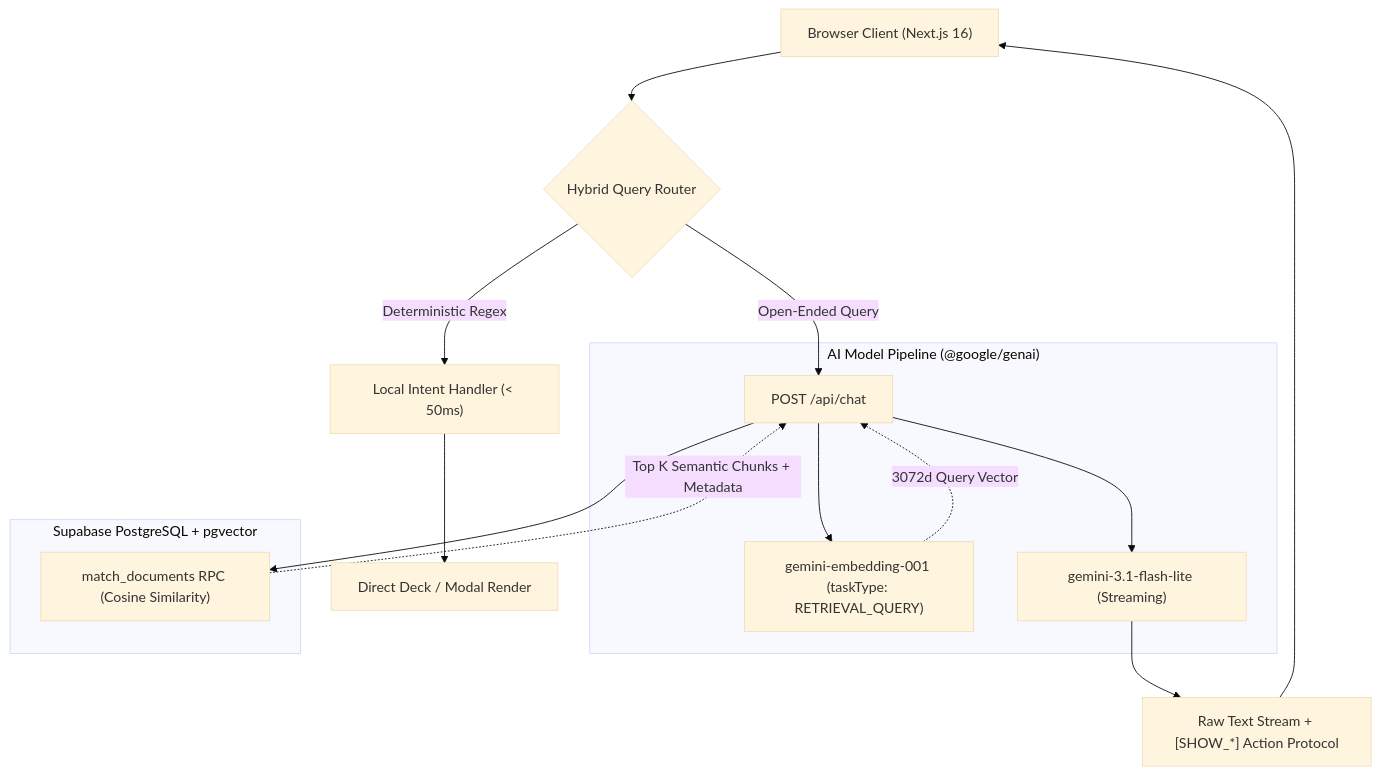
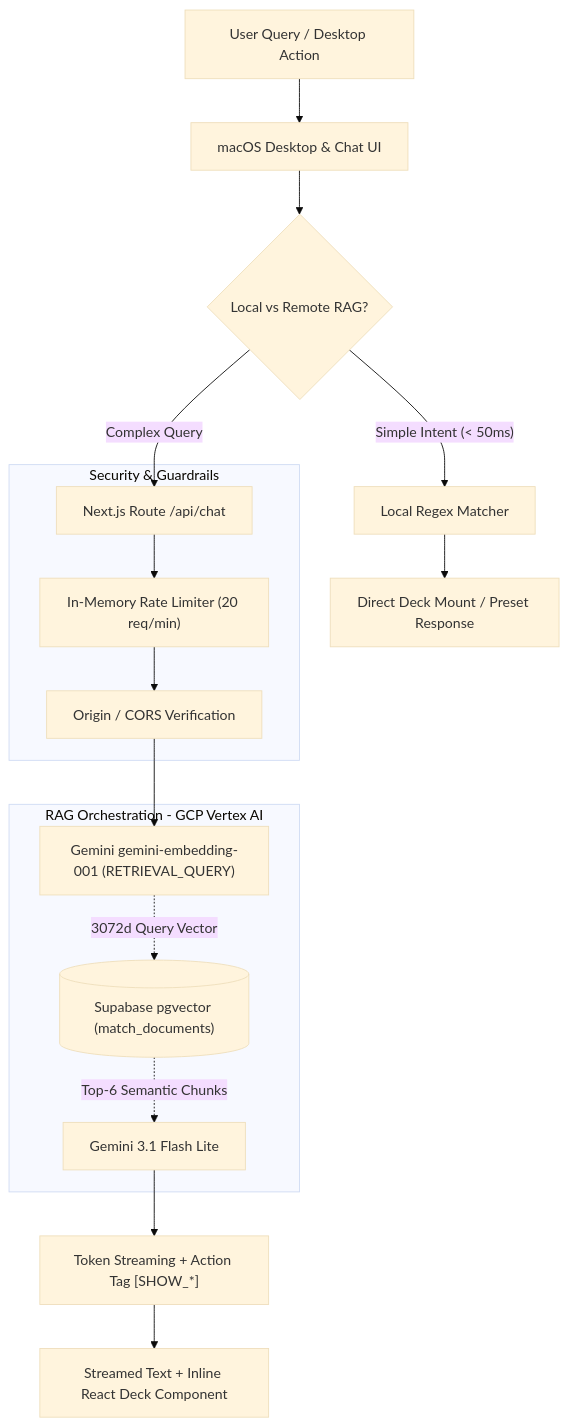
Before and after one commit to aadvxe/AI-powered-portfolio: the diagram in README.md, drawn with Mermaid (base theme). The commit also changed other lines of this file, not shown here.

````diff
--- a/README.md
+++ b/README.md
@@ -9,23 +9,24 @@
 ```mermaid
 graph TD
-    Client["Browser Client (Next.js 16)"] --> Router{"Hybrid Query Router"}
+    User["User Query / Desktop Action"] --> Frontend["macOS Desktop & Chat UI"]
+    Frontend --> HybridRouter{"Local vs Remote RAG?"}
 
-    Router -- Deterministic Regex --> LocalHandler["Local Intent Handler (< 50ms)"]
-    LocalHandler --> UIAction["Direct Deck / Modal Render"]
+    HybridRouter -- "Simple Intent (< 50ms)" --> Local["Local Regex Matcher"]
+    Local --> DirectDeck["Direct Deck Mount / Preset Response"]
 
-    Router -- Open-Ended Query --> APIChat["POST /api/chat"]
+    HybridRouter -- "Complex Query" --> API["Next.js Route /api/chat"]
 
-    subgraph AI_Engine ["AI Model Pipeline (@google/genai)"]
-    APIChat --> GenEmbed["gemini-embedding-001 (taskType: RETRIEVAL_QUERY)"]
-    GenEmbed -.->|3072d Query Vector| APIChat
-    APIChat --> GenLLM["gemini-3.1-flash-lite (Streaming)"]
+    subgraph Security ["Security & Guardrails"]
+    API --> RateLimit["In-Memory Rate Limiter (20 req/min)"]
+    RateLimit --> OriginCheck["Origin / CORS Verification"]
     end
 
-    subgraph Vector_DB ["Supabase PostgreSQL + pgvector"]
-    APIChat --> RPC["match_documents RPC (Cosine Similarity)"]
-    RPC -.->|Top K Semantic Chunks + Metadata| APIChat
+    subgraph RAG_Orchestration ["RAG Orchestration - GCP Vertex AI"]
+    OriginCheck --> Embed["Gemini gemini-embedding-001 (RETRIEVAL_QUERY)"]
+    Embed -.->|3072d Query Vector| VectorDB[("Supabase pgvector (match_documents)")]
+    VectorDB -.->|Top-6 Semantic Chunks| LLM["Gemini 3.1 Flash Lite"]
     end
 
-    GenLLM --> Stream["Raw Text Stream + [SHOW_*] Action Protocol"]
-    Stream --> Client
+    LLM --> Stream["Token Streaming + Action Tag [SHOW_*]"]
+    Stream --> ClientMount["Streamed Text + Inline React Deck Component"]
 ```
````
